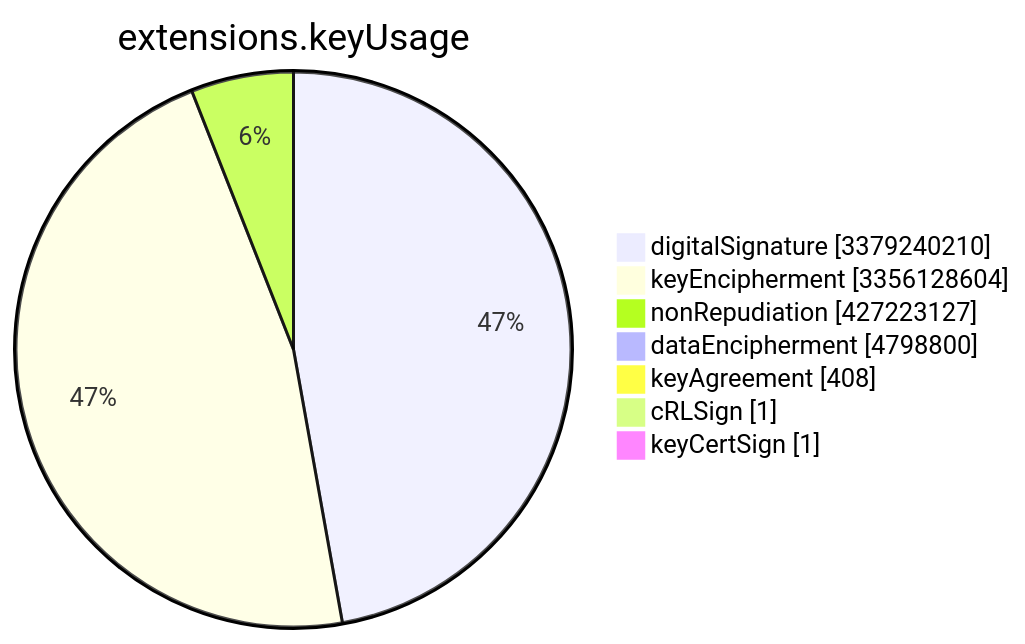
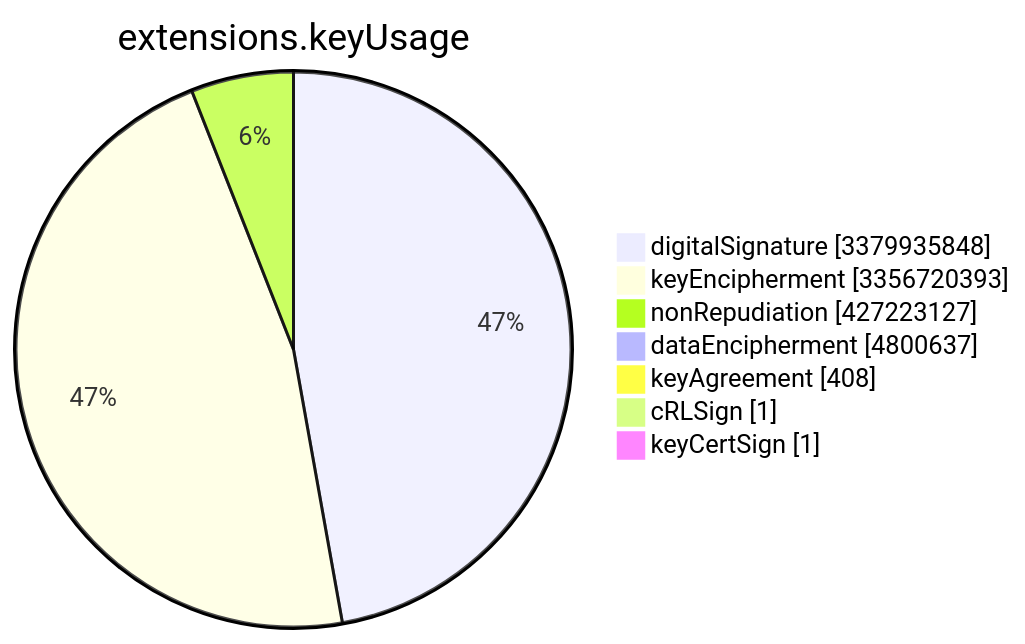
One commit to christiankrug/ctmonitor_visualization changed the sixth of 15 diagrams in TOTAL/README.md. Above: the diagram before and after it, drawn with Mermaid. The commit also changed other lines of this file, not shown here.

````diff
--- a/TOTAL/README.md
+++ b/TOTAL/README.md
@@ -3079,11 +3079,11 @@
 ```mermaid
 pie showData
 title extensions.keyUsage
-"digitalSignature" :3379240210
-"keyEncipherment" :3356128604
+"digitalSignature" :3379935848
+"keyEncipherment" :3356720393
 "nonRepudiation" :427223127
-"dataEncipherment" :4798800
+"dataEncipherment" :4800637
 "keyAgreement" :408
 "cRLSign" :1
 "keyCertSign" :1
 ```
````
